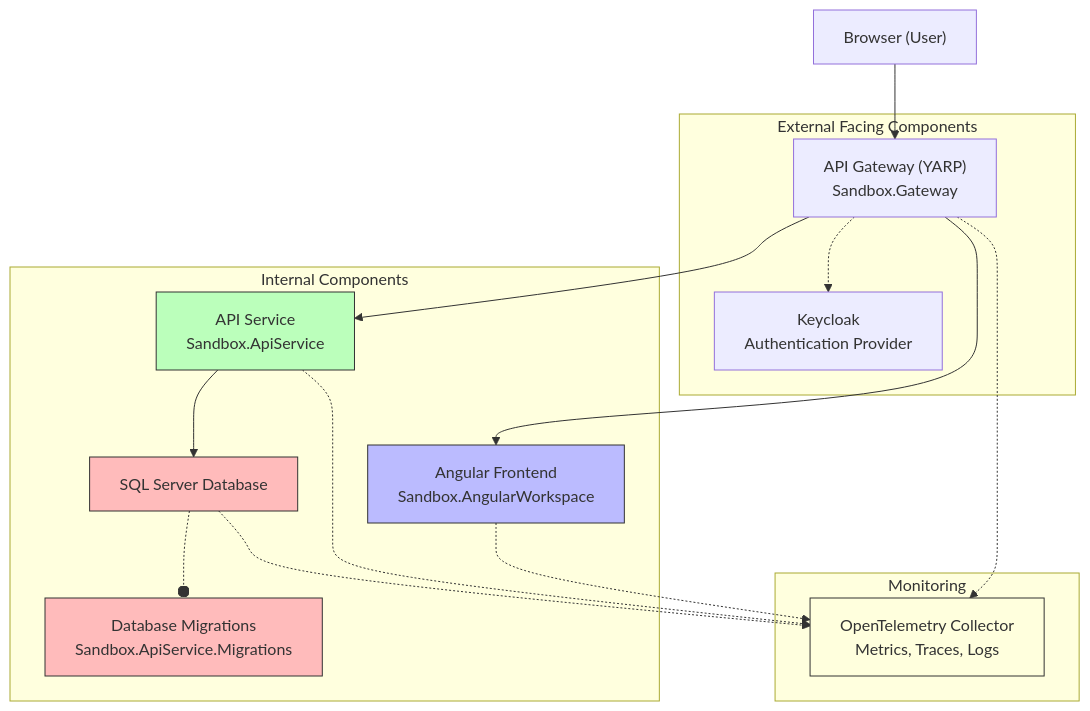
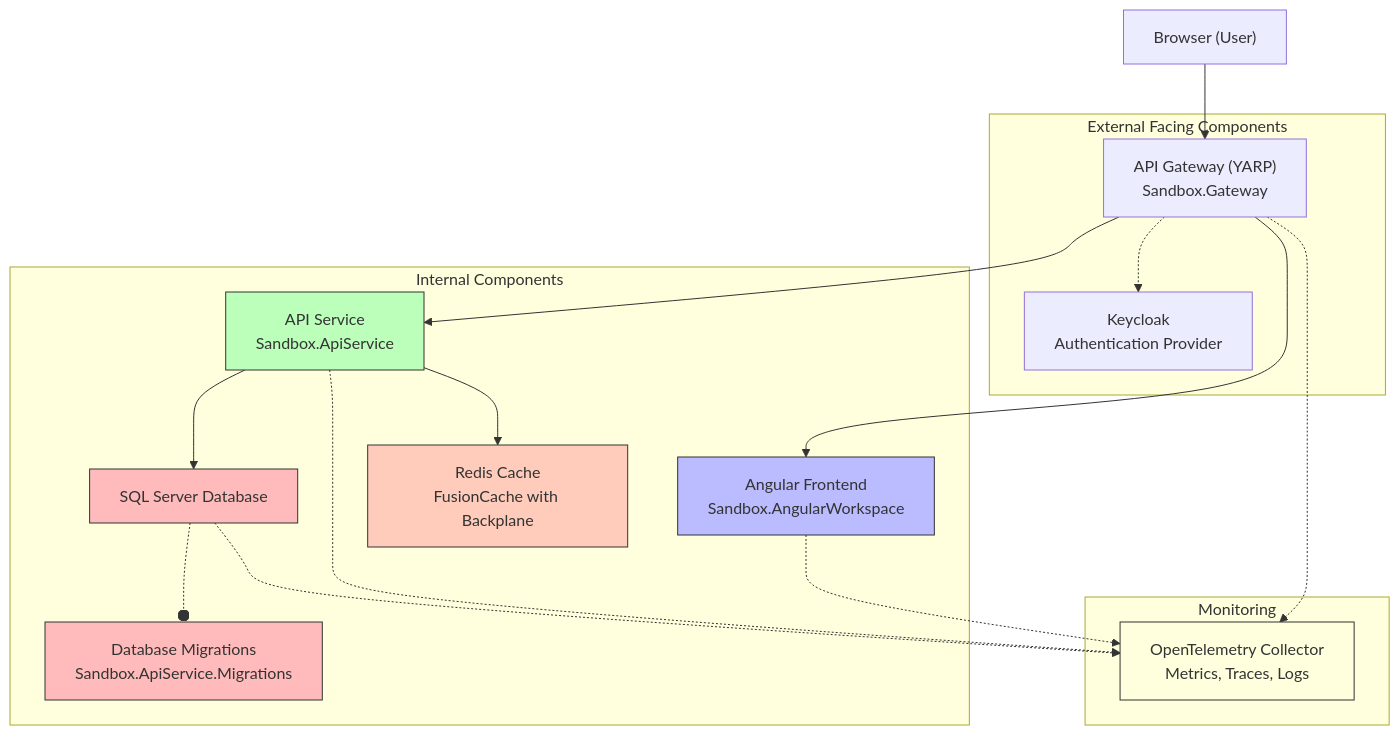
Before and after one commit to timdeschryver/Sandbox: the diagram in README.md, drawn with Mermaid. The commit also changed other lines of this file and 28 other files, not shown here.

Commit message:
feat: add Redis (and FusionCache) (#79)

````diff
--- a/README.md
+++ b/README.md
@@ -31,46 +32,50 @@
 ```mermaid
 graph TD
     User["Browser (User)"] --> Gateway
 
     subgraph "External Facing Components"
         Gateway["API Gateway (YARP)<br>Sandbox.Gateway"]
         Keycloak["Keycloak<br>Authentication Provider"]
     end
 
     subgraph "Internal Components"
         AngularApp["Angular Frontend<br>Sandbox.AngularWorkspace"]
         ApiService["API Service<br>Sandbox.ApiService<br>"]
         SqlDatabase["SQL Server Database"]
+        Redis["Redis Cache<br>FusionCache with Backplane"]
         DbMigrations["Database Migrations<br>Sandbox.ApiService.Migrations"]
 
         Gateway --> AngularApp
         Gateway --> ApiService
         ApiService --> SqlDatabase
+        ApiService --> Redis
         SqlDatabase -.-o DbMigrations
         Gateway -.-> Keycloak
     end
 
     subgraph "Monitoring"
         OpenTelemetry["OpenTelemetry Collector<br>Metrics, Traces, Logs"]
         Gateway -.-> OpenTelemetry
         AngularApp -.-> OpenTelemetry
         ApiService -.-> OpenTelemetry
         SqlDatabase -.-> OpenTelemetry
     end
 
     classDef externalFacing fill:#f96,stroke:#333,stroke-width:3px,stroke-dasharray: 5 5;
     classDef gateway fill:#f9f,stroke:#333,stroke-width:2px;
     classDef frontend fill:#bbf,stroke:#333,stroke-width:1px;
     classDef backend fill:#bfb,stroke:#333,stroke-width:1px;
     classDef database fill:#fbb,stroke:#333,stroke-width:1px;
+    classDef cache fill:#fcb,stroke:#333,stroke-width:1px;
     classDef secrets fill:#9cf,stroke:#333,stroke-width:1px;
     classDef auth fill:#f99,stroke:#333,stroke-width:1px;
     classDef monitoring fill:#ffd,stroke:#333,stroke-width:1px;
 
     class Gateway gateway,externalFacing;
     class Keycloak auth,externalFacing;
     class AngularApp frontend;
     class ApiService backend;
     class SqlDatabase,DbMigrations database;
+    class Redis cache;
     class OpenTelemetry monitoring;
 ```
````
